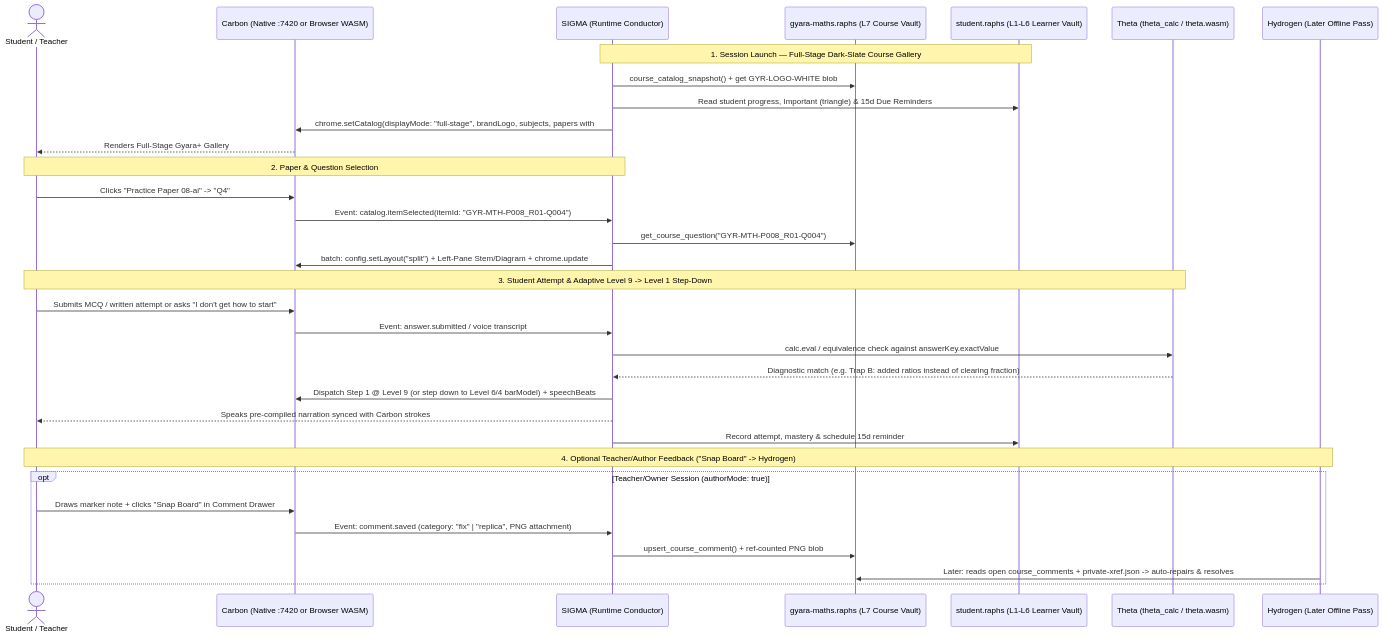
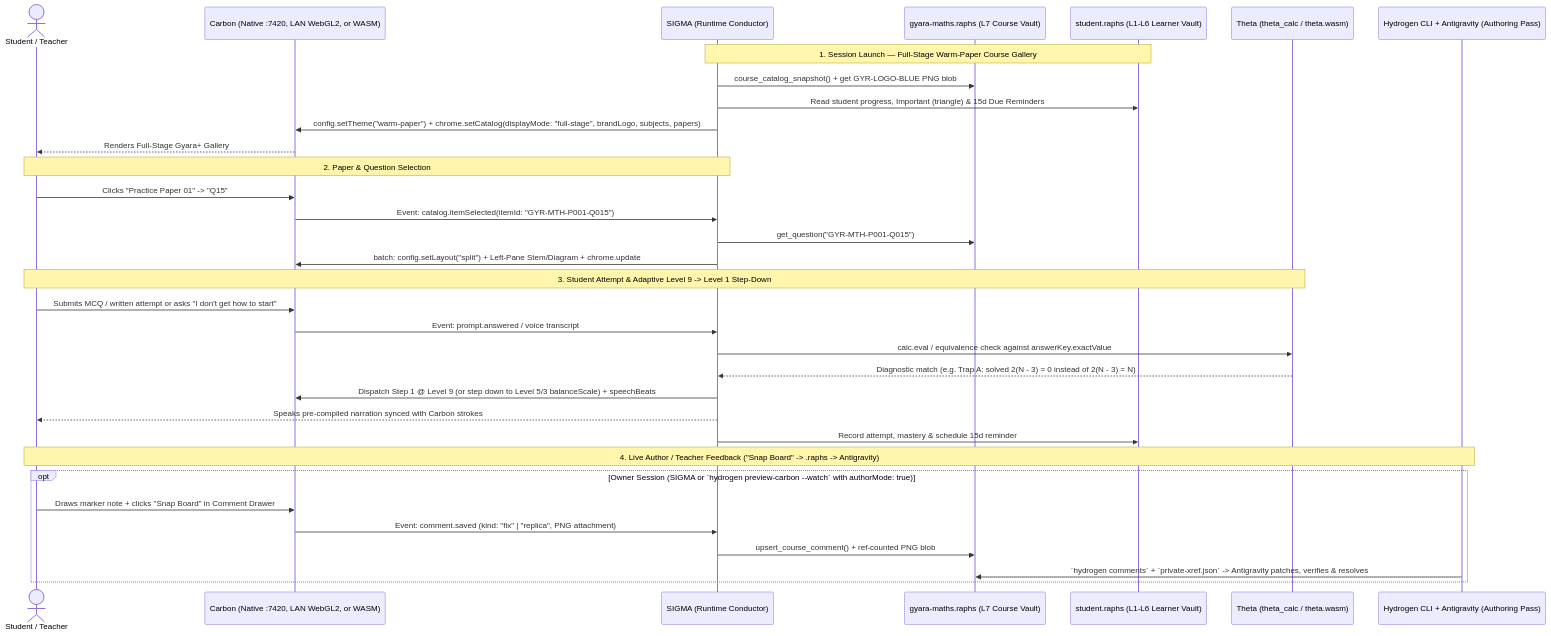
The second of 3 diagrams in docs/system-architecture.md (raphsaeed/hydrogen), drawn with Mermaid before and after one commit. The commit also changed other lines of this file and 4 other files, not shown here.

Commit message:
docs: add SOP playbook and align architecture & build plan on CLI + product ledger

````diff
--- a/docs/system-architecture.md
+++ b/docs/system-architecture.md
@@ -129,39 +127,39 @@
 ```mermaid
 sequenceDiagram
     actor Stu as Student / Teacher
-    participant Crb as Carbon (Native :7420 or Browser WASM)
+    participant Crb as Carbon (Native :7420, LAN WebGL2, or WASM)
     participant Sig as SIGMA (Runtime Conductor)
     participant CVlt as gyara-maths.raphs (L7 Course Vault)
     participant SVlt as student.raphs (L1-L6 Learner Vault)
     participant Tht as Theta (theta_calc / theta.wasm)
-    participant Hyd as Hydrogen (Later Offline Pass)
+    participant Hyd as Hydrogen CLI + Antigravity (Authoring Pass)
 
-    Note over Sig,SVlt: 1. Session Launch — Full-Stage Dark-Slate Course Gallery
-    Sig->>CVlt: course_catalog_snapshot() + get GYR-LOGO-WHITE blob
+    Note over Sig,SVlt: 1. Session Launch — Full-Stage Warm-Paper Course Gallery
+    Sig->>CVlt: course_catalog_snapshot() + get GYR-LOGO-BLUE PNG blob
     Sig->>SVlt: Read student progress, Important (triangle) & 15d Due Reminders
-    Sig->>Crb: chrome.setCatalog(displayMode: "full-stage", brandLogo, subjects, papers with #6B1414 due cards)
+    Sig->>Crb: config.setTheme("warm-paper") + chrome.setCatalog(displayMode: "full-stage", brandLogo, subjects, papers)
     Crb-->>Stu: Renders Full-Stage Gyara+ Gallery
 
     Note over Stu,Sig: 2. Paper & Question Selection
-    Stu->>Crb: Clicks "Practice Paper 08-ai" -> "Q4"
-    Crb->>Sig: Event: catalog.itemSelected(itemId: "GYR-MTH-P008_R01-Q004")
-    Sig->>CVlt: get_course_question("GYR-MTH-P008_R01-Q004")
+    Stu->>Crb: Clicks "Practice Paper 01" -> "Q15"
+    Crb->>Sig: Event: catalog.itemSelected(itemId: "GYR-MTH-P001-Q015")
+    Sig->>CVlt: get_question("GYR-MTH-P001-Q015")
     Sig->>Crb: batch: config.setLayout("split") + Left-Pane Stem/Diagram + chrome.update
 
     Note over Stu,Tht: 3. Student Attempt & Adaptive Level 9 -> Level 1 Step-Down
     Stu->>Crb: Submits MCQ / written attempt or asks "I don't get how to start"
-    Crb->>Sig: Event: answer.submitted / voice transcript
+    Crb->>Sig: Event: prompt.answered / voice transcript
     Sig->>Tht: calc.eval / equivalence check against answerKey.exactValue
-    Tht-->>Sig: Diagnostic match (e.g. Trap B: added ratios instead of clearing fraction)
-    Sig->>Crb: Dispatch Step 1 @ Level 9 (or step down to Level 6/4 barModel) + speechBeats
+    Tht-->>Sig: Diagnostic match (e.g. Trap A: solved 2(N - 3) = 0 instead of 2(N - 3) = N)
+    Sig->>Crb: Dispatch Step 1 @ Level 9 (or step down to Level 5/3 balanceScale) + speechBeats
     Sig-->>Stu: Speaks pre-compiled narration synced with Carbon strokes
     Sig->>SVlt: Record attempt, mastery & schedule 15d reminder
 
-    Note over Stu,Hyd: 4. Optional Teacher/Author Feedback ("Snap Board" -> Hydrogen)
-    opt Teacher/Owner Session (authorMode: true)
+    Note over Stu,Hyd: 4. Live Author / Teacher Feedback ("Snap Board" -> .raphs -> Antigravity)
+    opt Owner Session (SIGMA or `hydrogen preview-carbon --watch` with authorMode: true)
         Stu->>Crb: Draws marker note + clicks "Snap Board" in Comment Drawer
-        Crb->>Sig: Event: comment.saved (category: "fix" | "replica", PNG attachment)
+        Crb->>Sig: Event: comment.saved (kind: "fix" | "replica", PNG attachment)
         Sig->>CVlt: upsert_course_comment() + ref-counted PNG blob
-        Hyd->>CVlt: Later: reads open course_comments + private-xref.json -> auto-repairs & resolves
+        Hyd->>CVlt: `hydrogen comments` + `private-xref.json` -> Antigravity patches, verifies & resolves
     end
 ```
````
